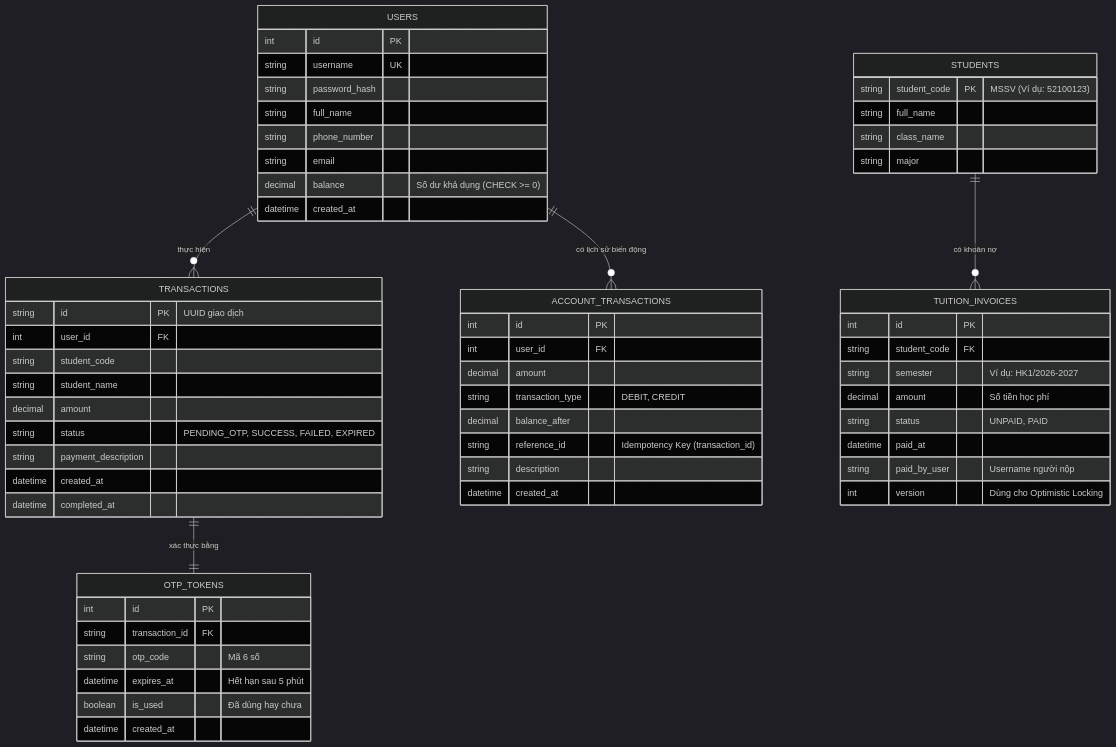
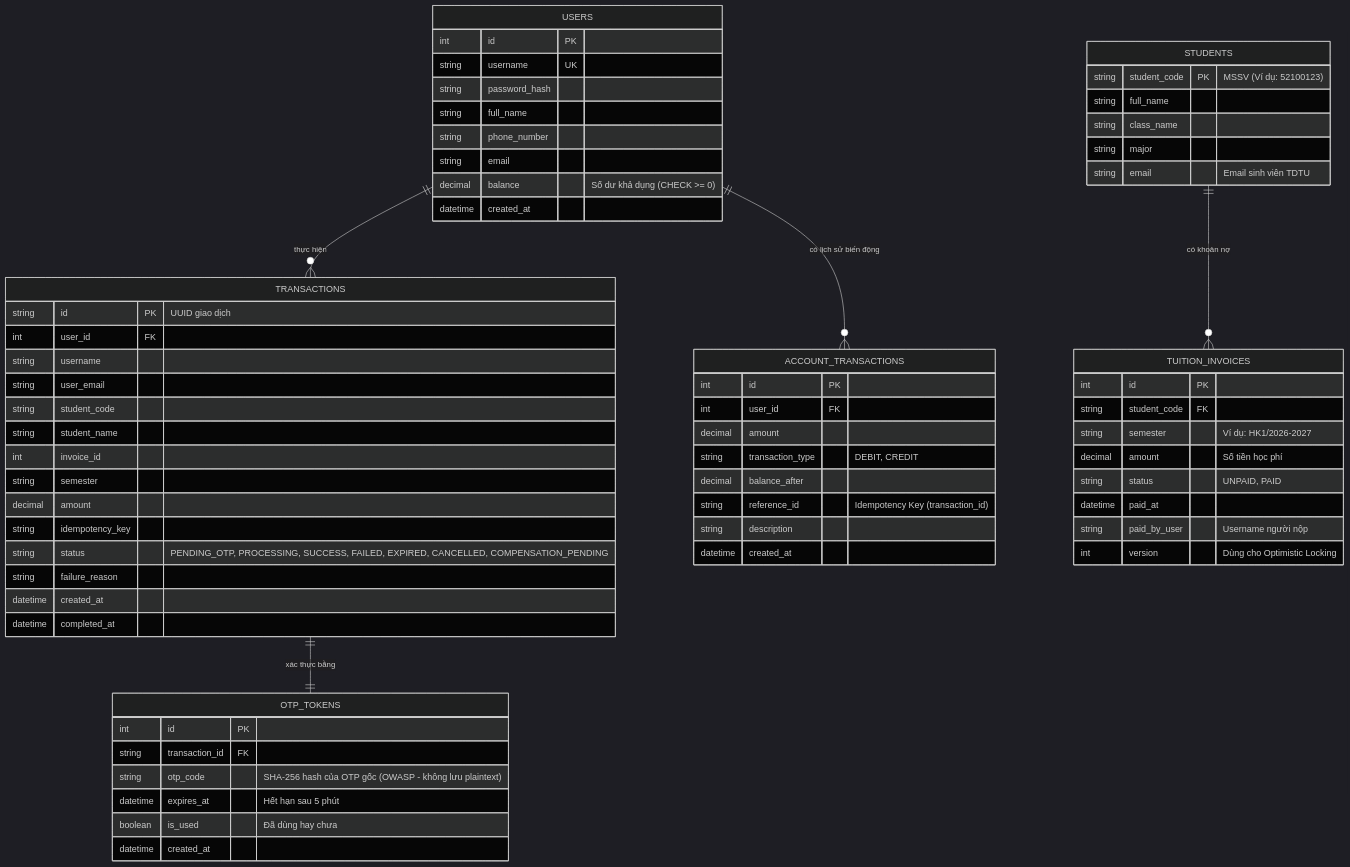
Before and after one commit to Khoi3303/iBanking: the third of 3 diagrams in docs/system_architecture.md, drawn with Mermaid (dark theme). The commit also changed other lines of this file and 2 other files, not shown here.

Commit message:
docs: chuan hoa README hoc thuat TDTU, cap nhat ERD va volume docker-compose

````diff
--- a/docs/system_architecture.md
+++ b/docs/system_architecture.md
@@ -129,71 +129,77 @@
 ```mermaid
 erDiagram
     %% User Database
     USERS {
         int id PK
         string username UK
         string password_hash
         string full_name
         string phone_number
         string email
         decimal balance "Số dư khả dụng (CHECK >= 0)"
         datetime created_at
     }
 
     ACCOUNT_TRANSACTIONS {
         int id PK
         int user_id FK
         decimal amount
         string transaction_type "DEBIT, CREDIT"
         decimal balance_after
         string reference_id "Idempotency Key (transaction_id)"
         string description
         datetime created_at
     }
 
     %% Tuition Database (TDTU)
     STUDENTS {
         string student_code PK "MSSV (Ví dụ: 52100123)"
         string full_name
         string class_name
         string major
+        string email "Email sinh viên TDTU"
     }
 
     TUITION_INVOICES {
         int id PK
         string student_code FK
         string semester "Ví dụ: HK1/2026-2027"
         decimal amount "Số tiền học phí"
         string status "UNPAID, PAID"
         datetime paid_at
         string paid_by_user "Username người nộp"
         int version "Dùng cho Optimistic Locking"
     }
 
     %% Payment Database
     TRANSACTIONS {
         string id PK "UUID giao dịch"
         int user_id FK
+        string username
+        string user_email
         string student_code
         string student_name
+        int invoice_id
+        string semester
         decimal amount
-        string status "PENDING_OTP, SUCCESS, FAILED, EXPIRED"
-        string payment_description
+        string idempotency_key
+        string status "PENDING_OTP, PROCESSING, SUCCESS, FAILED, EXPIRED, CANCELLED, COMPENSATION_PENDING"
+        string failure_reason
         datetime created_at
         datetime completed_at
     }
 
     OTP_TOKENS {
         int id PK
         string transaction_id FK
-        string otp_code "Mã 6 số"
+        string otp_code "SHA-256 hash của OTP gốc (OWASP - không lưu plaintext)"
         datetime expires_at "Hết hạn sau 5 phút"
         boolean is_used "Đã dùng hay chưa"
         datetime created_at
     }
 
     STUDENTS ||--o{ TUITION_INVOICES : "có khoản nợ"
     USERS ||--o{ TRANSACTIONS : "thực hiện"
     USERS ||--o{ ACCOUNT_TRANSACTIONS : "có lịch sử biến động"
     TRANSACTIONS ||--|| OTP_TOKENS : "xác thực bằng"
 ```
````
